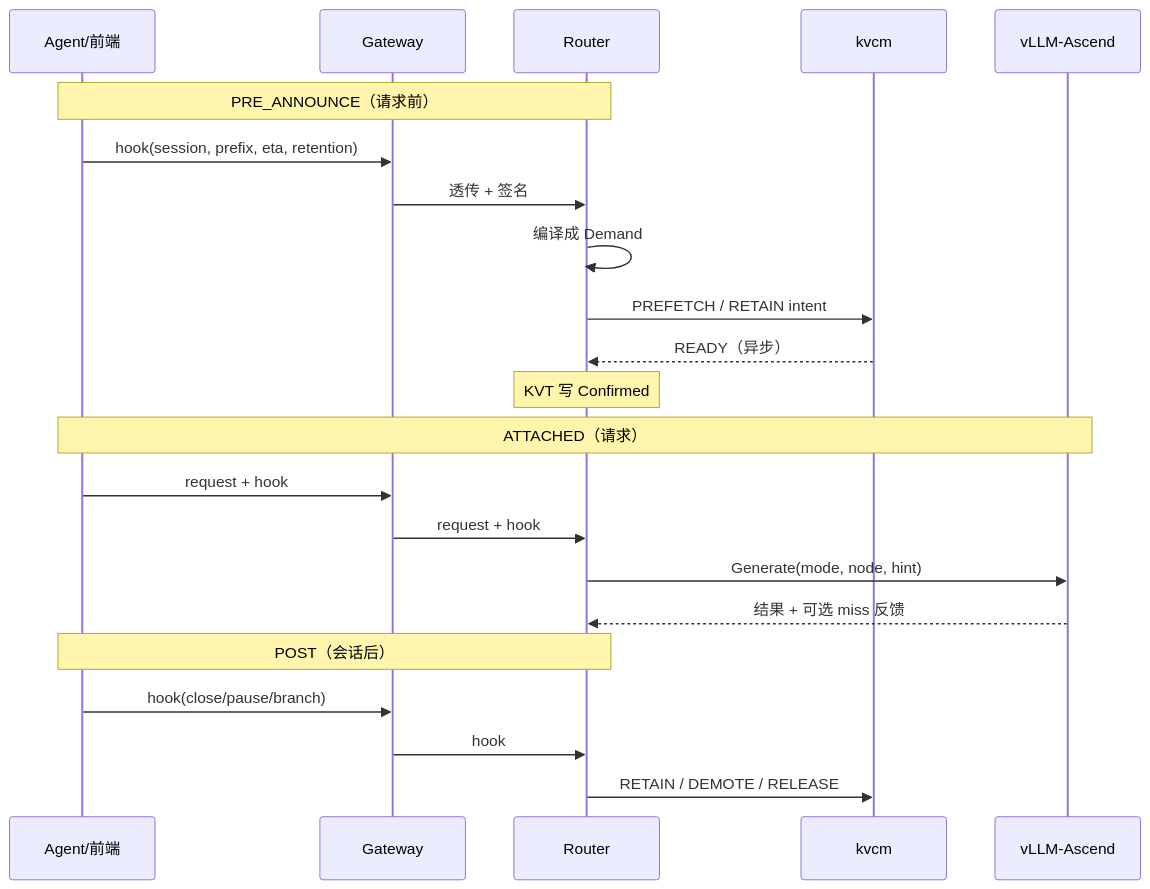
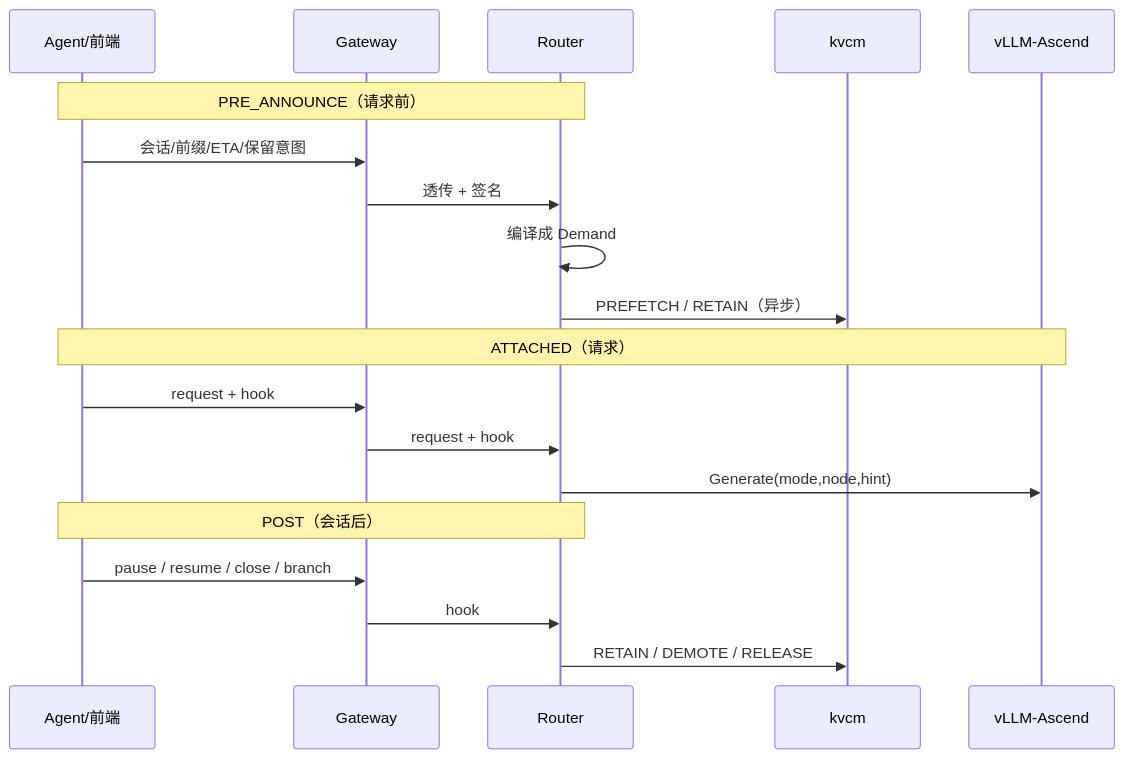
One commit to 5x8-40/lake changed the fifth of 14 diagrams in kvcm/design/D8-joint-scheduling.md. Above: the diagram before and after it, drawn with Mermaid. The commit also changed other lines of this file and 5 other files, not shown here.

````diff
--- a/kvcm/design/D8-joint-scheduling.md
+++ b/kvcm/design/D8-joint-scheduling.md
@@ -480,27 +258,24 @@
 ```mermaid
 sequenceDiagram
     participant A as Agent/前端
     participant G as Gateway
     participant R as Router
     participant K as kvcm
     participant W as vLLM-Ascend
 
     Note over A,R: PRE_ANNOUNCE（请求前）
-    A->>G: hook(session, prefix, eta, retention)
+    A->>G: 会话/前缀/ETA/保留意图
     G->>R: 透传 + 签名
     R->>R: 编译成 Demand
-    R->>K: PREFETCH / RETAIN intent
-    K-->>R: READY（异步）
-    Note over R: KVT 写 Confirmed
+    R->>K: PREFETCH / RETAIN（异步）
 
     Note over A,W: ATTACHED（请求）
     A->>G: request + hook
     G->>R: request + hook
-    R->>W: Generate(mode, node, hint)
-    W-->>R: 结果 + 可选 miss 反馈
+    R->>W: Generate(mode,node,hint)
 
     Note over A,R: POST（会话后）
-    A->>G: hook(close/pause/branch)
+    A->>G: pause / resume / close / branch
     G->>R: hook
     R->>K: RETAIN / DEMOTE / RELEASE
 ```
````
